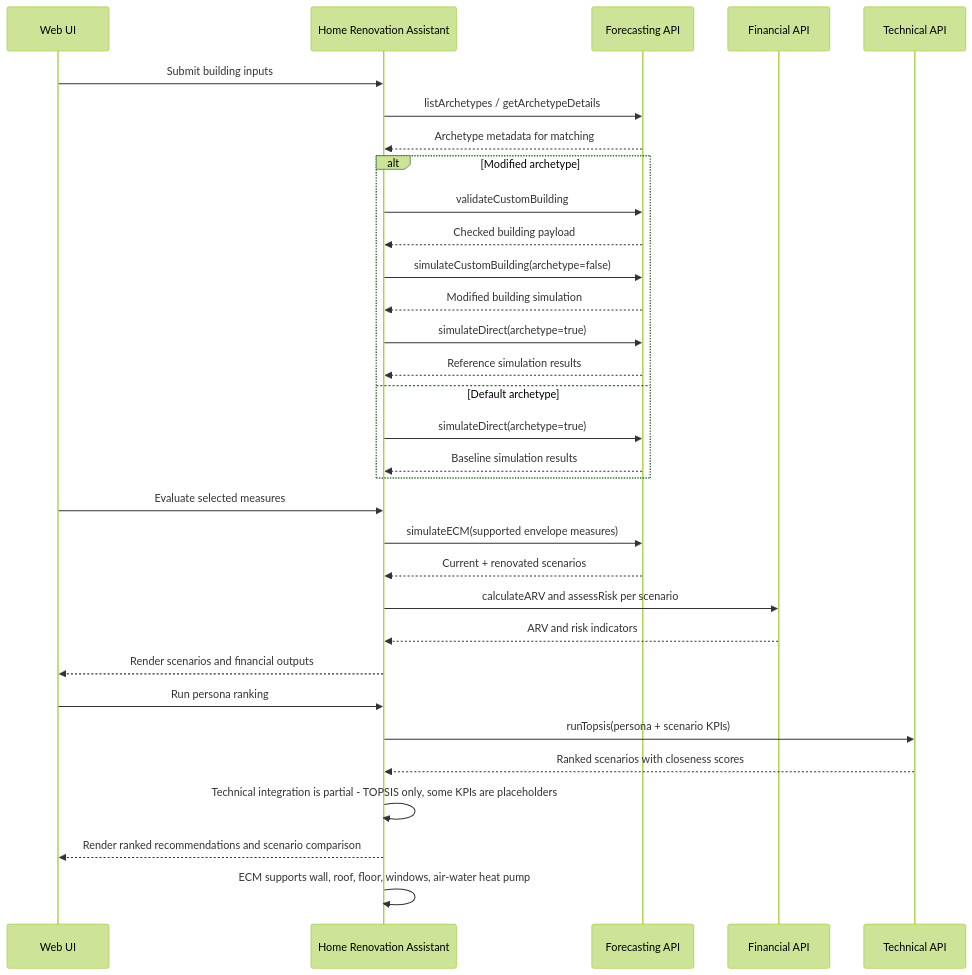
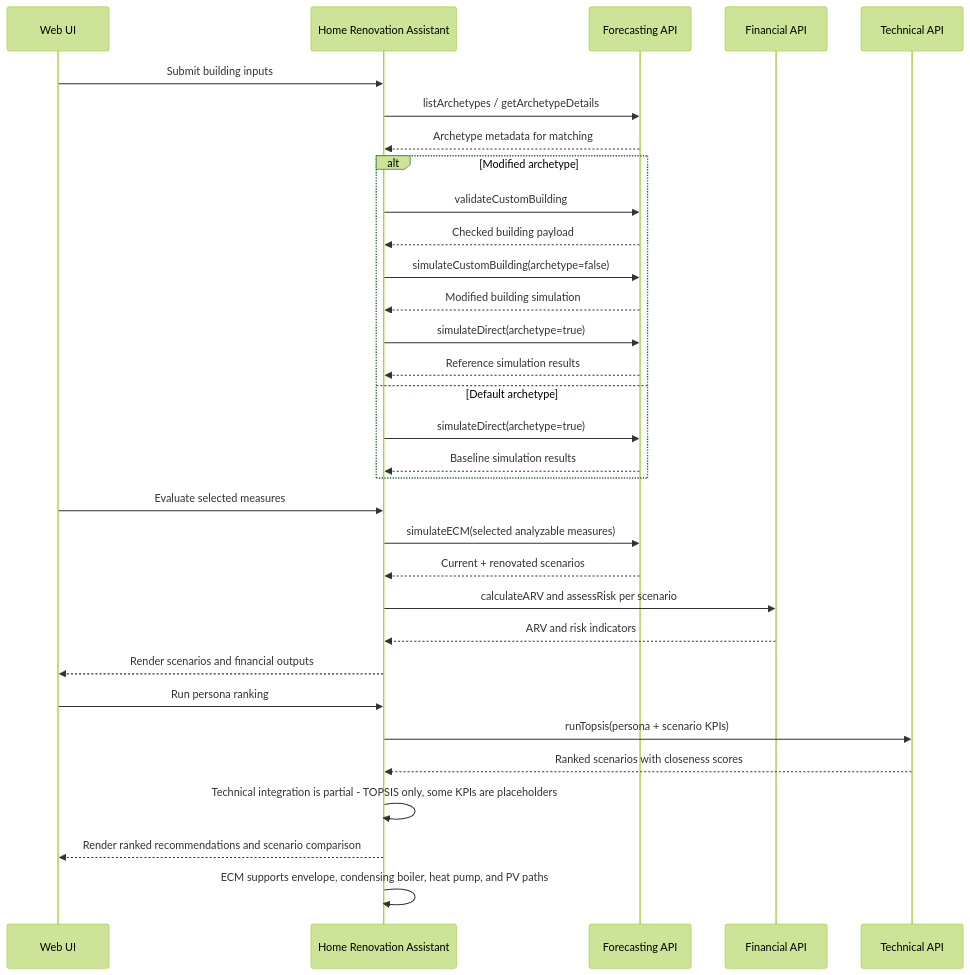
The first of 6 diagrams in README.md (ReLIFE-Project-EU/relife-web-ui), drawn with Mermaid (forest theme) before and after one commit. The commit also changed other lines of this file, not shown here.

Commit message:
📝 Update renovation architecture docs

````diff
--- a/README.md
+++ b/README.md
@@ -41,37 +41,37 @@
 ```mermaid
 sequenceDiagram
     participant UI as Web UI
     participant HRA as Home Renovation Assistant
     participant FCAST as Forecasting API
     participant FIN as Financial API
     participant TECH as Technical API
 
     UI->>HRA: Submit building inputs
     HRA->>FCAST: listArchetypes / getArchetypeDetails
     FCAST-->>HRA: Archetype metadata for matching
     alt Modified archetype
       HRA->>FCAST: validateCustomBuilding
       FCAST-->>HRA: Checked building payload
       HRA->>FCAST: simulateCustomBuilding(archetype=false)
       FCAST-->>HRA: Modified building simulation
       HRA->>FCAST: simulateDirect(archetype=true)
       FCAST-->>HRA: Reference simulation results
     else Default archetype
       HRA->>FCAST: simulateDirect(archetype=true)
       FCAST-->>HRA: Baseline simulation results
     end
 
     UI->>HRA: Evaluate selected measures
-    HRA->>FCAST: simulateECM(supported envelope measures)
+    HRA->>FCAST: simulateECM(selected analyzable measures)
     FCAST-->>HRA: Current + renovated scenarios
     HRA->>FIN: calculateARV and assessRisk per scenario
     FIN-->>HRA: ARV and risk indicators
     HRA-->>UI: Render scenarios and financial outputs
 
     UI->>HRA: Run persona ranking
     HRA->>TECH: runTopsis(persona + scenario KPIs)
     TECH-->>HRA: Ranked scenarios with closeness scores
     HRA->>HRA: Technical integration is partial - TOPSIS only, some KPIs are placeholders
     HRA-->>UI: Render ranked recommendations and scenario comparison
-    HRA->>HRA: ECM supports wall, roof, floor, windows, air-water heat pump
+    HRA->>HRA: ECM supports envelope, condensing boiler, heat pump, and PV paths
 ```
````
